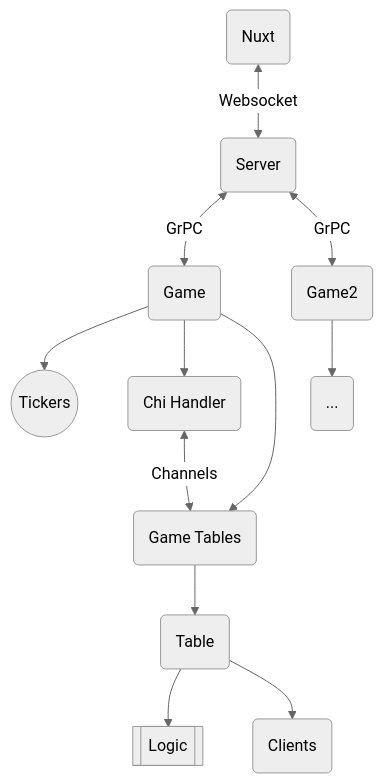
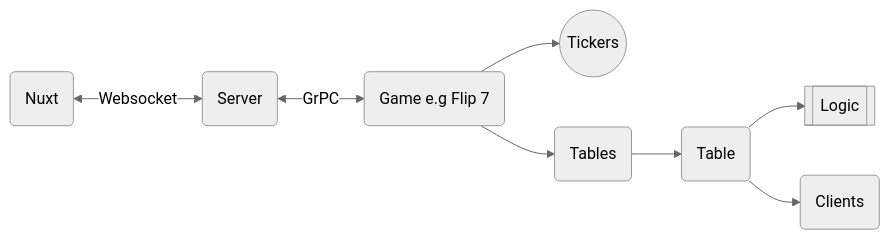
One commit to Zadigo/myboardgames changed the first of 4 diagrams in docs/ARCHITECTURE.md. Above: the diagram before and after it, drawn with Mermaid (neutral theme). The commit also changed other lines of this file and 11 other files, not shown here.

Commit message:
Refactor architecture and redisDb

````diff
--- a/docs/ARCHITECTURE.md
+++ b/docs/ARCHITECTURE.md
@@ -38,20 +40,15 @@
 ```mermaid
-flowchart
+flowchart LR
 
 N(Nuxt) <--> |Websocket|S(Server)
 
-S <--> |GrPC|G(Game)
-S <--> |GrPC|G2(Game2)
+S <--> |GrPC|G(Game e.g Flip 7)
 
 G --> T((Tickers))
-G --> C(Chi Handler)
-G --> TA(Game Tables)
+G --> TA(Tables)
 
-C <--> |Channels|TA
 
 TA --> TAB(Table)
 TAB --> L[[Logic]]
 TAB --> CL(Clients)
-
-G2 --> O(...)
 ```
````
